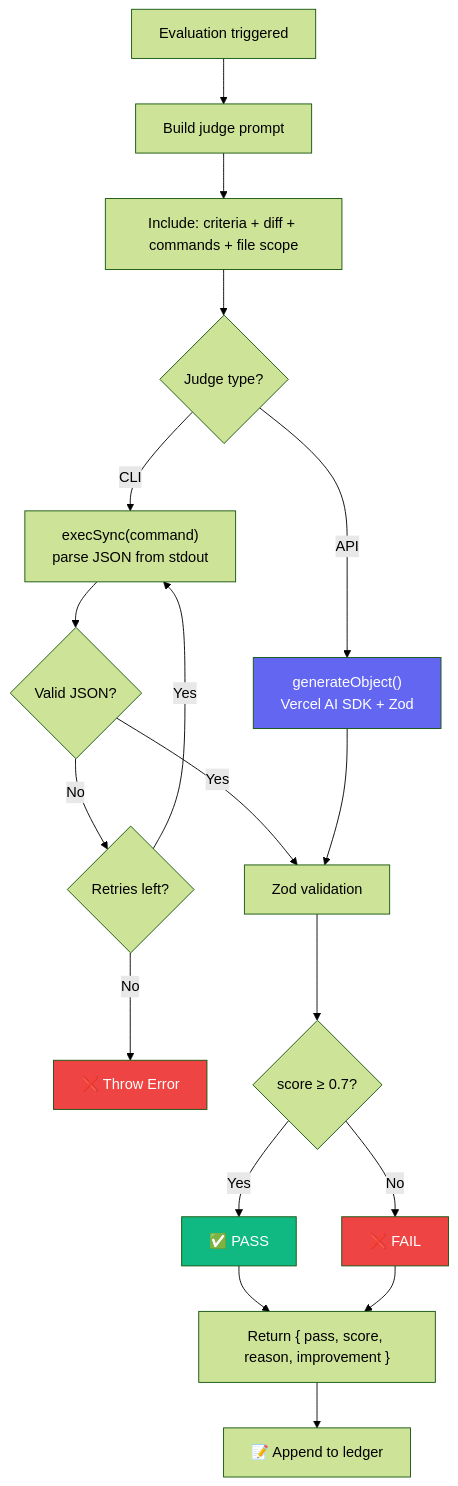
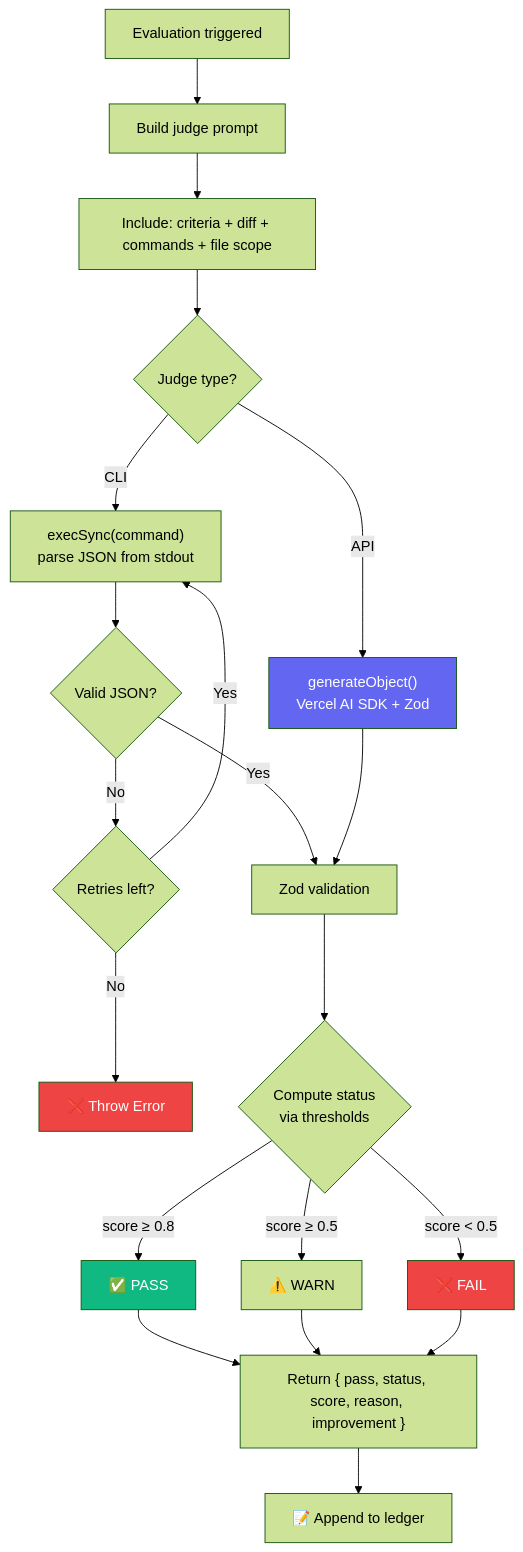
One commit to Tlahey/agent-eval changed the first of 3 diagrams in apps/docs/guide/judges.md. Above: the diagram before and after it, drawn with Mermaid (forest theme). The commit also changed other lines of this file and 10 other files, not shown here.

````diff
--- a/apps/docs/guide/judges.md
+++ b/apps/docs/guide/judges.md
@@ -19,28 +19,30 @@
 ```mermaid
 flowchart TD
     A["Evaluation triggered"] --> B["Build judge prompt"]
     B --> C["Include: criteria + diff + commands + file scope"]
 
     C --> D{"Judge type?"}
     D -- API --> E["generateObject()\nVercel AI SDK + Zod"]
     D -- CLI --> F["execSync(command)\nparse JSON from stdout"]
 
     F --> G{"Valid JSON?"}
     G -- No --> H{"Retries left?"}
     H -- Yes --> F
     H -- No --> I["❌ Throw Error"]
     G -- Yes --> J["Zod validation"]
 
     E --> J
-    J --> K{"score ≥ 0.7?"}
-    K -- Yes --> L["✅ PASS"]
-    K -- No --> M["❌ FAIL"]
-    L --> N["Return { pass, score, reason, improvement }"]
+    J --> K{"Compute status\nvia thresholds"}
+    K -- "score ≥ 0.8" --> L["✅ PASS"]
+    K -- "score ≥ 0.5" --> L2["⚠️ WARN"]
+    K -- "score < 0.5" --> M["❌ FAIL"]
+    L --> N["Return { pass, status, score, reason, improvement }"]
+    L2 --> N
     M --> N
     N --> O["📝 Append to ledger"]
 
     style E fill:#6366f1,color:#fff
     style L fill:#10b981,color:#fff
     style M fill:#ef4444,color:#fff
     style I fill:#ef4444,color:#fff
 ```
````
